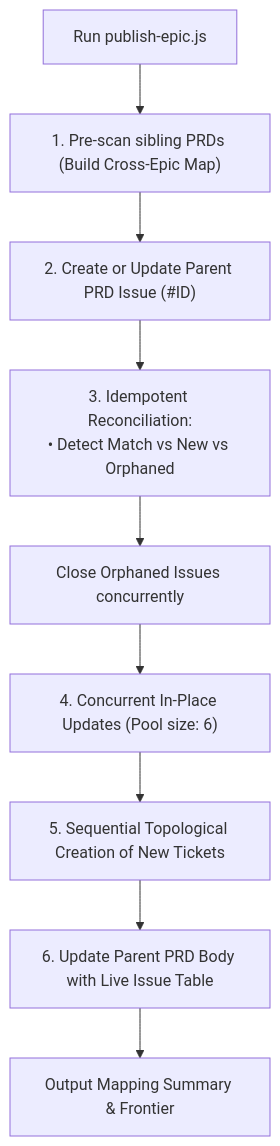
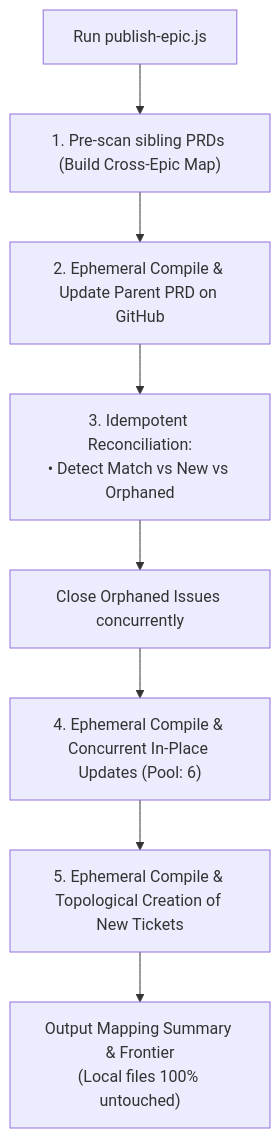
Before and after one commit to loerei/myskills: the diagram in productivity/gitpublish-prd-and-tickets/SKILL.md, drawn with Mermaid. The commit also changed other lines of this file and 1 other file, not shown here.

Commit message:
feat(productivity): enforce ephemeral compilation and zero disk mutation in gitpublish-prd-and-tickets

````diff
--- a/productivity/gitpublish-prd-and-tickets/SKILL.md
+++ b/productivity/gitpublish-prd-and-tickets/SKILL.md
@@ -28,11 +31,10 @@
 ```mermaid
 flowchart TD
     Start["Run publish-epic.js"] --> PreScan["1. Pre-scan sibling PRDs (Build Cross-Epic Map)"]
-    PreScan --> Parent["2. Create or Update Parent PRD Issue (#ID)"]
+    PreScan --> Parent["2. Ephemeral Compile & Update Parent PRD on GitHub"]
     Parent --> Reconcile["3. Idempotent Reconciliation:<br/>• Detect Match vs New vs Orphaned"]
     Reconcile --> CloseOrphan["Close Orphaned Issues concurrently"]
-    CloseOrphan --> ParallelEdit["4. Concurrent In-Place Updates (Pool size: 6)"]
-    ParallelEdit --> SeqNew["5. Sequential Topological Creation of New Tickets"]
-    SeqNew --> UpdatePRD["6. Update Parent PRD Body with Live Issue Table"]
-    UpdatePRD --> Done["Output Mapping Summary & Frontier"]
+    CloseOrphan --> ParallelEdit["4. Ephemeral Compile & Concurrent In-Place Updates (Pool: 6)"]
+    ParallelEdit --> SeqNew["5. Ephemeral Compile & Topological Creation of New Tickets"]
+    SeqNew --> Done["Output Mapping Summary & Frontier<br/>(Local files 100% untouched)"]
 ```
````
